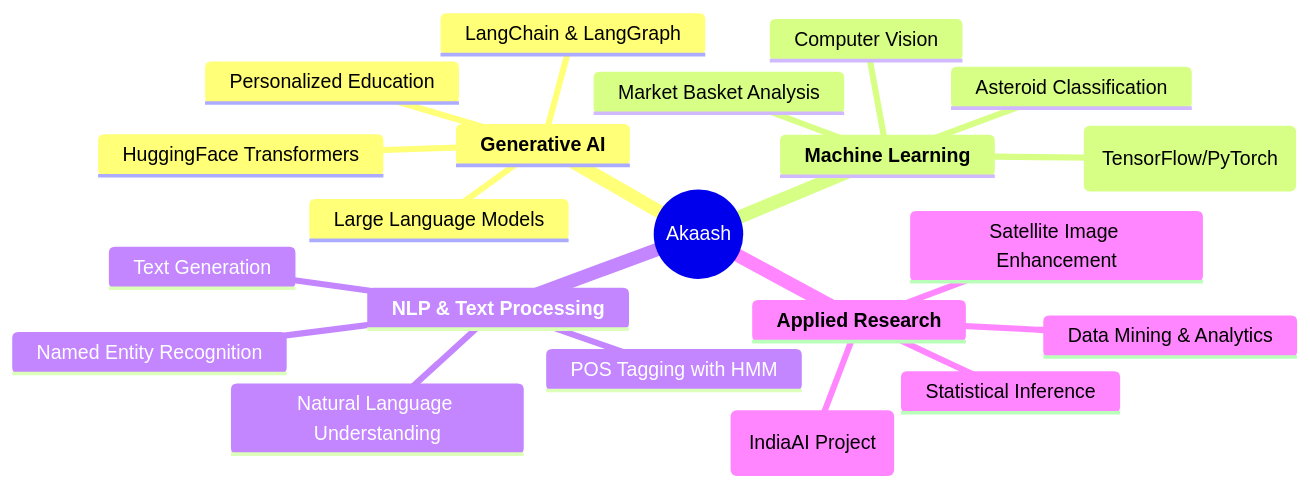
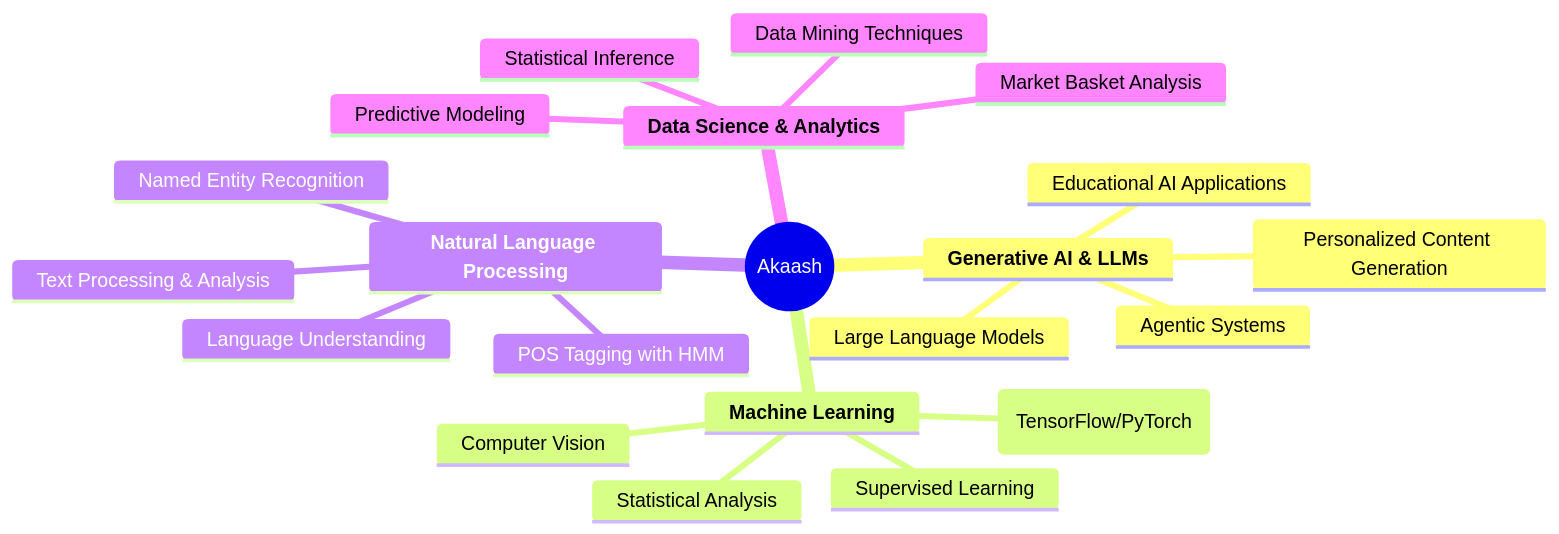
One commit to akaash897/akaash897 changed the diagram in README.md. Above: the diagram before and after it, drawn with Mermaid. The commit also changed other lines of this file, not shown here.

````diff
--- a/README.md
+++ b/README.md
@@ -49,24 +45,24 @@
 ```mermaid
 mindmap
   root((Akaash))
-    **Generative AI**
+    **Generative AI & LLMs**
       Large Language Models
-      Personalized Education
-      LangChain & LangGraph
-      HuggingFace Transformers
+      Personalized Content Generation
+      Educational AI Applications
+      Agentic Systems
     **Machine Learning**
+      Supervised Learning
       Deep Learning (TensorFlow/PyTorch)
       Computer Vision
-      Market Basket Analysis
-      Asteroid Classification
-    **NLP & Text Processing**
+      Statistical Analysis
+    **Natural Language Processing**
       Named Entity Recognition
       POS Tagging with HMM
-      Natural Language Understanding
-      Text Generation
-    **Applied Research**
-      Educational AI (IndiaAI Project)
-      Satellite Image Enhancement
-      Data Mining & Analytics
+      Text Processing & Analysis
+      Language Understanding
+    **Data Science & Analytics**
+      Market Basket Analysis
+      Data Mining Techniques
       Statistical Inference
+      Predictive Modeling
 ```
````
